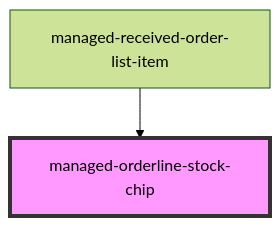
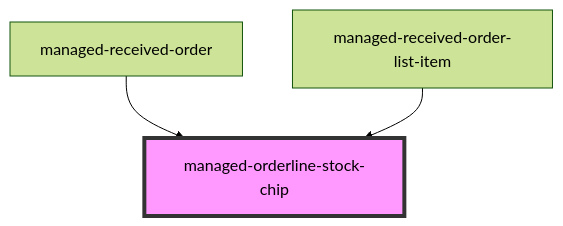
The diagram in pdm-web-components/src/components/managed-orderline-stock-chip/readme.md (PharmaLedger-IMI/fgt-workspace), drawn with Mermaid (forest theme) before and after one commit. The commit also changed other lines of this file and 12 other files, not shown here.

````diff
--- a/pdm-web-components/src/components/managed-orderline-stock-chip/readme.md
+++ b/pdm-web-components/src/components/managed-orderline-stock-chip/readme.md
@@ -26,5 +28,6 @@
 ```mermaid
 graph TD;
+  managed-received-order --> managed-orderline-stock-chip
   managed-received-order-list-item --> managed-orderline-stock-chip
   style managed-orderline-stock-chip fill:#f9f,stroke:#333,stroke-width:4px
 ```
````
